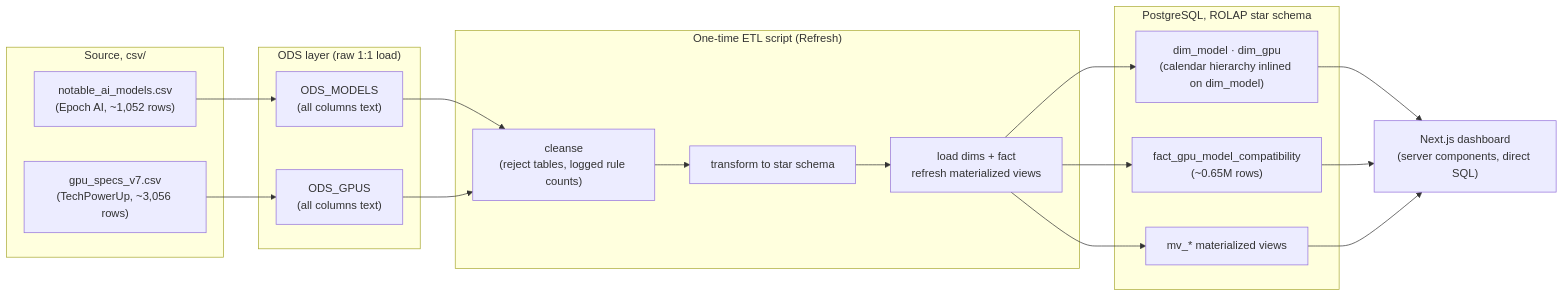
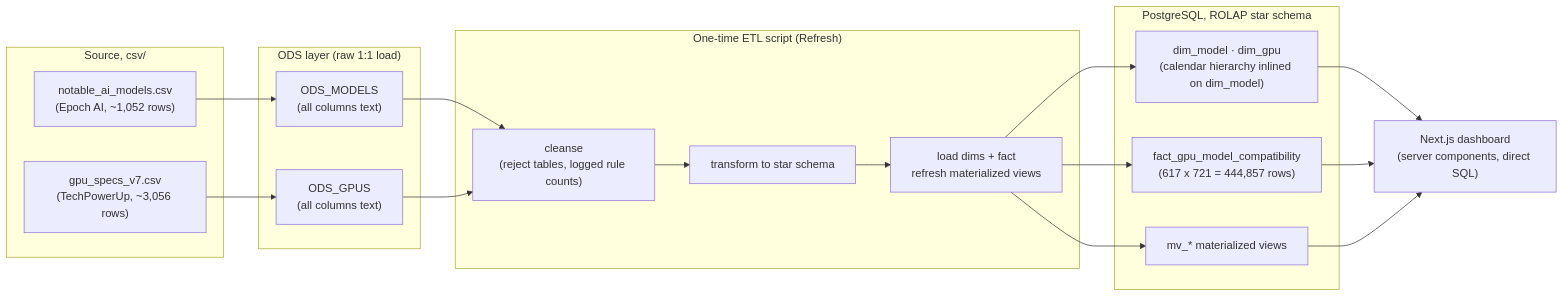
Before and after one commit to Gigadelux/WeightBox: the diagram in README.md, drawn with Mermaid. The commit also changed other lines of this file and 10 other files, not shown here.

````diff
--- a/README.md
+++ b/README.md
@@ -22,32 +22,32 @@
 ```mermaid
 flowchart LR
     subgraph src["Source, csv/"]
         A["notable_ai_models.csv<br/>(Epoch AI, ~1,052 rows)"]
         B["gpu_specs_v7.csv<br/>(TechPowerUp, ~3,056 rows)"]
     end
     subgraph ods["ODS layer (raw 1:1 load)"]
         O1["ODS_MODELS<br/>(all columns text)"]
         O2["ODS_GPUS<br/>(all columns text)"]
     end
     subgraph etl["One-time ETL script (Refresh)"]
         D["cleanse<br/>(reject tables, logged rule counts)"]
         E["transform to star schema"]
         F["load dims + fact<br/>refresh materialized views"]
         D --> E --> F
     end
     subgraph dw["PostgreSQL, ROLAP star schema"]
         G["dim_model · dim_gpu<br/>(calendar hierarchy inlined on dim_model)"]
-        H["fact_gpu_model_compatibility<br/>(~0.65M rows)"]
+        H["fact_gpu_model_compatibility<br/>(617 x 721 = 444,857 rows)"]
         I["mv_* materialized views"]
     end
     A --> O1
     B --> O2
     O1 --> D
     O2 --> D
     F --> G
     F --> H
     F --> I
     G --> UI["Next.js dashboard<br/>(server components, direct SQL)"]
     H --> UI
     I --> UI
 ```
````
